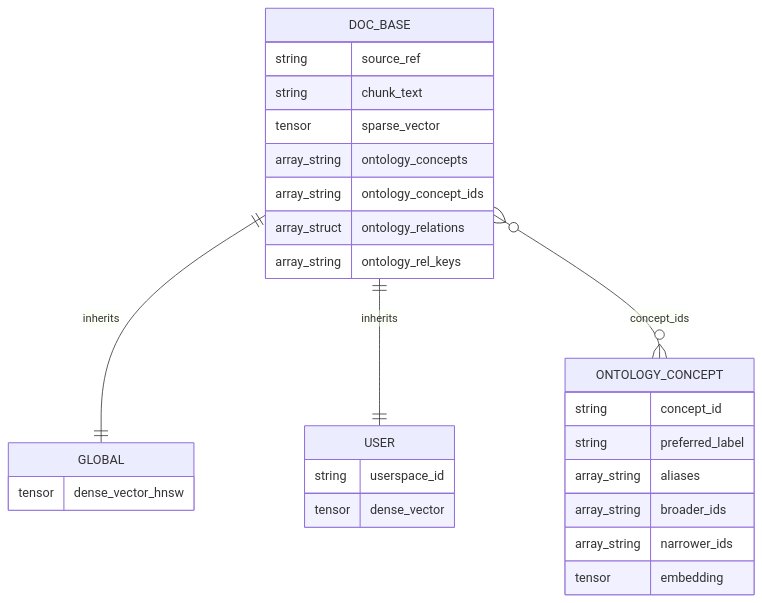
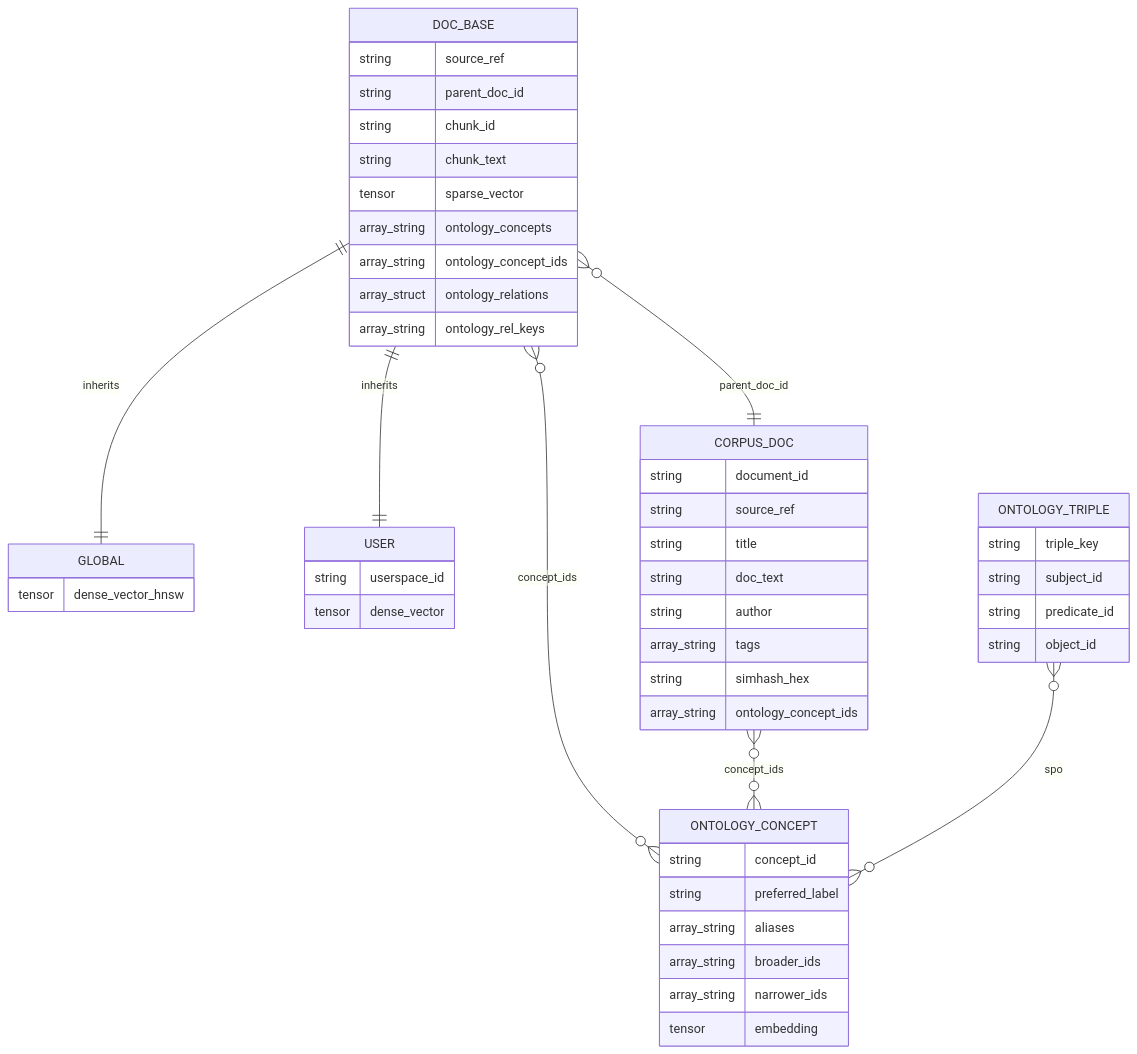
One commit to ThalesGroup/t-keir changed the fifth of 5 diagrams in docs/architecture/data-model.md. Above: the diagram before and after it, drawn with Mermaid. The commit also changed other lines of this file and 157 other files, not shown here.

Commit message:
Index full doc and search full doc, OSCAL schema, UI with cytoplas for onto

````diff
--- a/docs/architecture/data-model.md
+++ b/docs/architecture/data-model.md
@@ -179,30 +181,51 @@
 ```mermaid
 erDiagram
   DOC_BASE ||--|| GLOBAL : inherits
   DOC_BASE ||--|| USER : inherits
   DOC_BASE {
     string source_ref
+    string parent_doc_id
+    string chunk_id
     string chunk_text
     tensor sparse_vector
     array_string ontology_concepts
     array_string ontology_concept_ids
     array_struct ontology_relations
     array_string ontology_rel_keys
   }
   ONTOLOGY_CONCEPT {
     string concept_id
     string preferred_label
     array_string aliases
     array_string broader_ids
     array_string narrower_ids
     tensor embedding
   }
+  ONTOLOGY_TRIPLE {
+    string triple_key
+    string subject_id
+    string predicate_id
+    string object_id
+  }
+  CORPUS_DOC {
+    string document_id
+    string source_ref
+    string title
+    string doc_text
+    string author
+    array_string tags
+    string simhash_hex
+    array_string ontology_concept_ids
+  }
   GLOBAL {
     tensor dense_vector_hnsw
   }
   USER {
     string userspace_id
     tensor dense_vector
   }
   DOC_BASE }o--o{ ONTOLOGY_CONCEPT : concept_ids
+  DOC_BASE }o--|| CORPUS_DOC : parent_doc_id
+  CORPUS_DOC }o--o{ ONTOLOGY_CONCEPT : concept_ids
+  ONTOLOGY_TRIPLE }o--o{ ONTOLOGY_CONCEPT : spo
 ```
````
